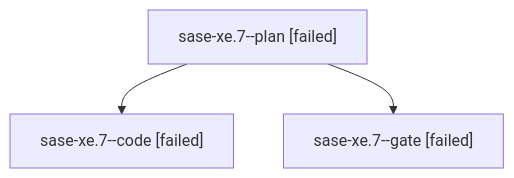
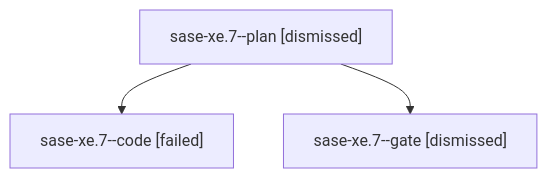
Before and after one commit to sase-org/sase--agents: the diagram in families/bbugyi200.athena.sase-xe.7.md, drawn with Mermaid. The commit also changed other lines of this file and 305 other files, not shown here.

````diff
--- a/families/bbugyi200.athena.sase-xe.7.md
+++ b/families/bbugyi200.athena.sase-xe.7.md
@@ -9,8 +9,8 @@
 ```mermaid
 flowchart TD
-  n0["sase-xe.7--plan [failed]"]
+  n0["sase-xe.7--plan [dismissed]"]
   n1["sase-xe.7--code [failed]"]
   n0 --> n1
-  n2["sase-xe.7--gate [failed]"]
+  n2["sase-xe.7--gate [dismissed]"]
   n0 --> n2
 ```
````
